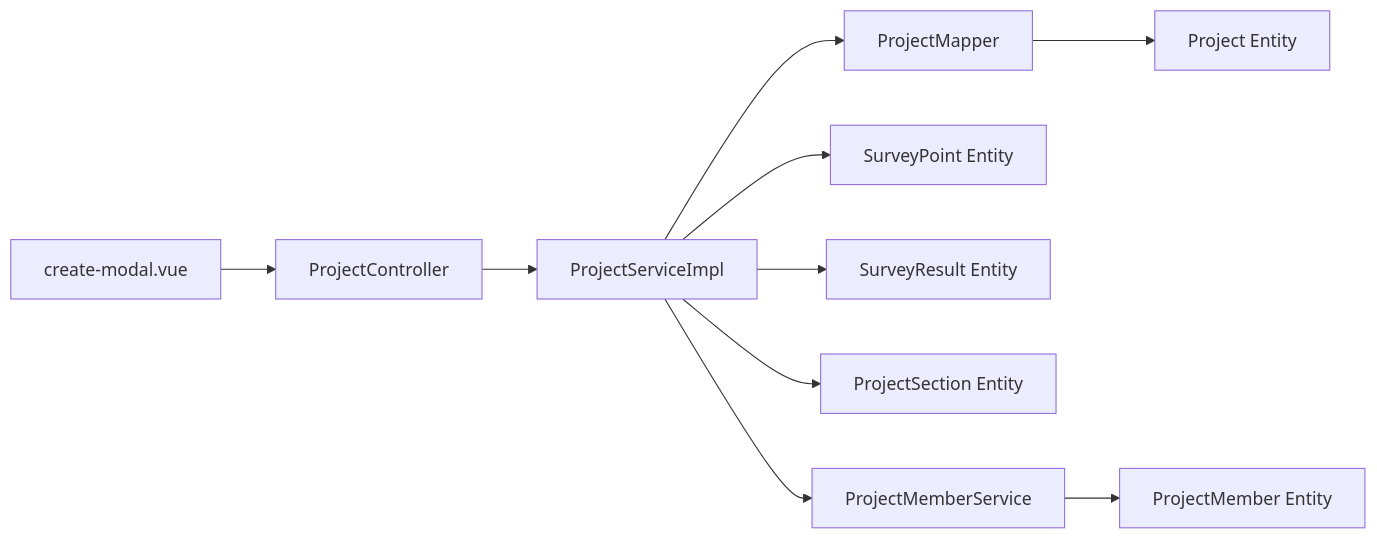
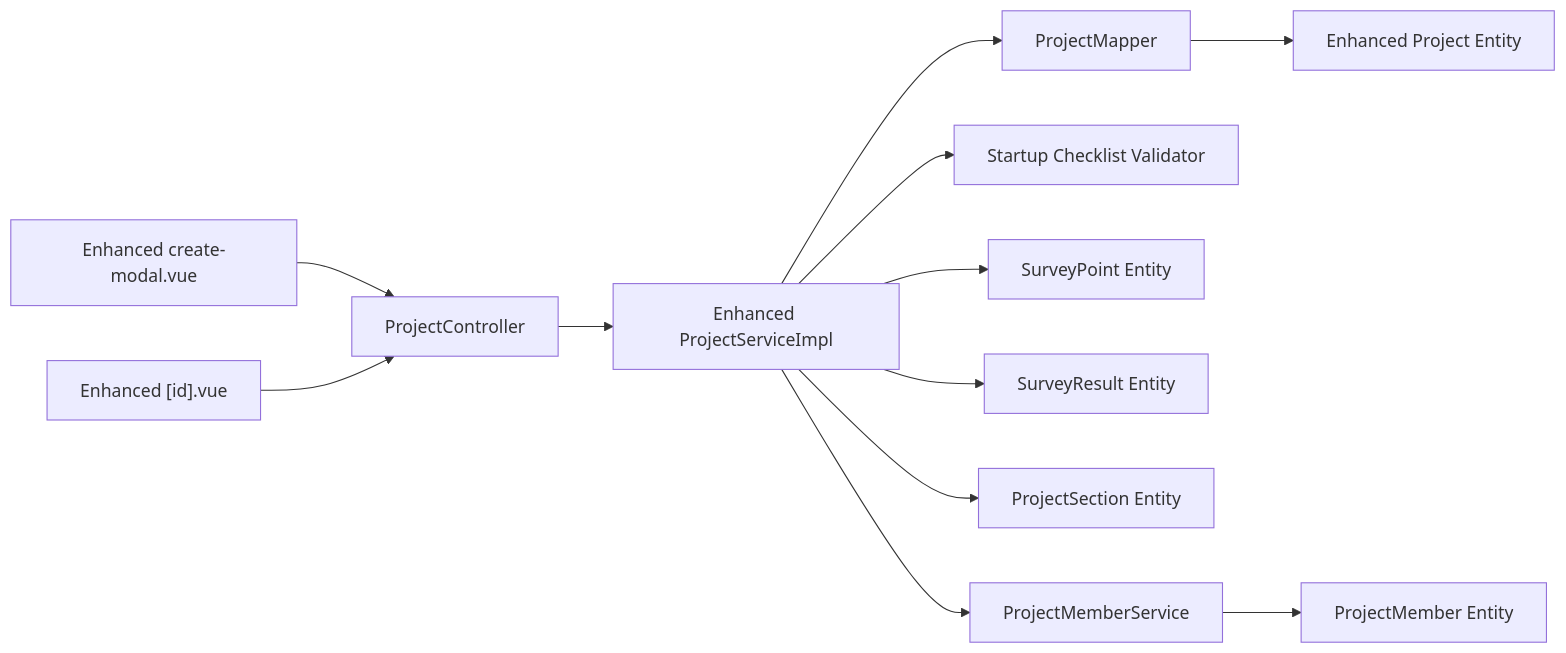
The seventh of 7 diagrams in .qoder/repowiki/en/content/Project & Task Management/Project Lifecycle Management.md (bo961386926/Survey-App), drawn with Mermaid before and after one commit. The commit also changed other lines of this file and 7 other files, not shown here.

````diff
--- a/.qoder/repowiki/en/content/Project & Task Management/Project Lifecycle Management.md
+++ b/.qoder/repowiki/en/content/Project & Task Management/Project Lifecycle Management.md
@@ -348,12 +320,14 @@
 ```mermaid
 graph LR
-FE["create-modal.vue"] --> CTRL["ProjectController"]
-CTRL --> SVC["ProjectServiceImpl"]
+FE["Enhanced create-modal.vue"] --> CTRL["ProjectController"]
+FE2["Enhanced [id].vue"] --> CTRL
+CTRL --> SVC["Enhanced ProjectServiceImpl"]
 SVC --> MAP["ProjectMapper"]
-MAP --> ENT["Project Entity"]
+MAP --> ENT["Enhanced Project Entity"]
+SVC --> VALID["Startup Checklist Validator"]
 SVC --> SP["SurveyPoint Entity"]
 SVC --> SR["SurveyResult Entity"]
 SVC --> PS["ProjectSection Entity"]
 SVC --> PM["ProjectMemberService"]
 PM --> PME["ProjectMember Entity"]
 ```
````
